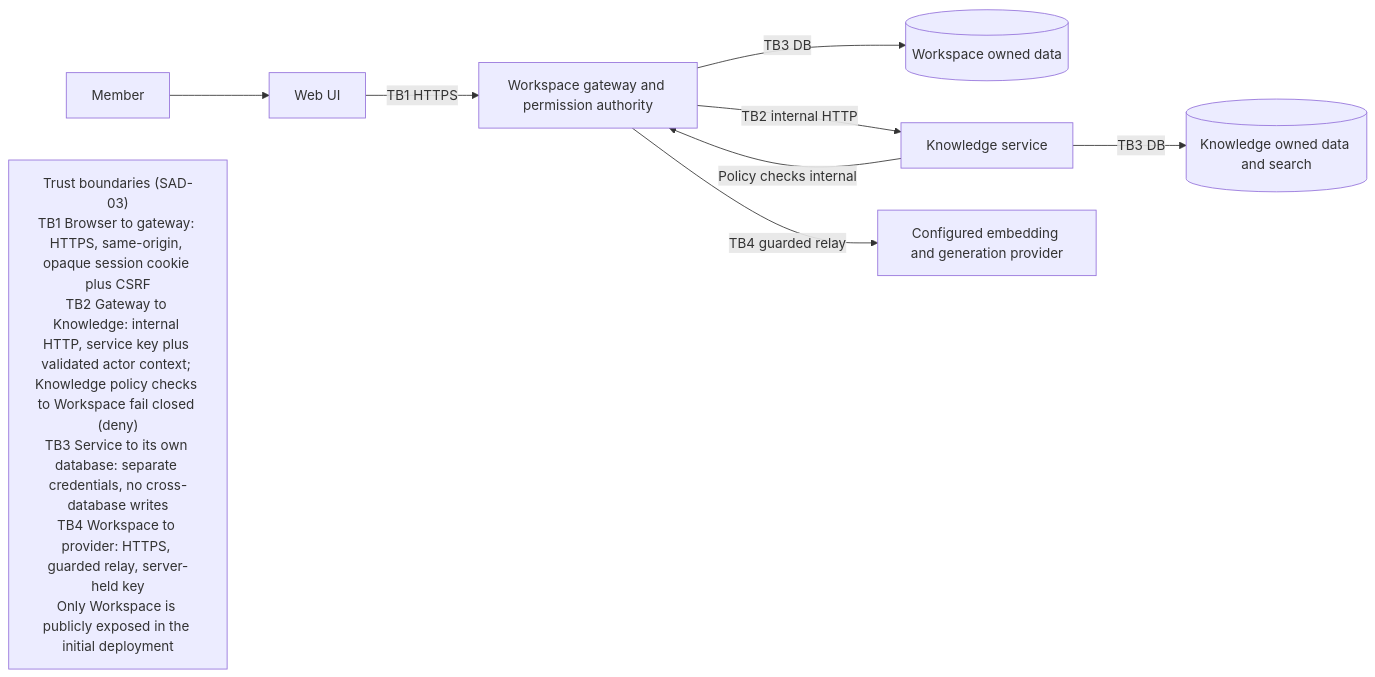
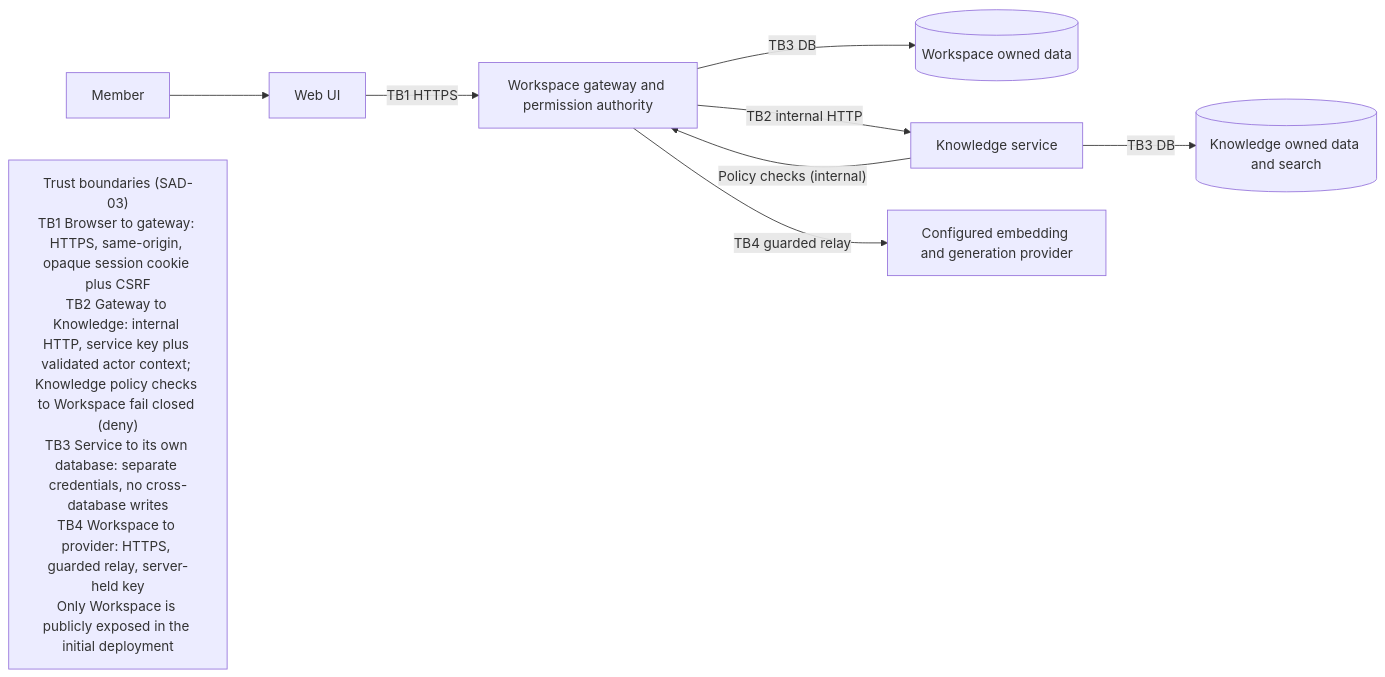
Before and after one commit to 900M100CK/scrum-workspace-KMS-ai: the diagram in docs/sdlc/diagrams/architecture/service-composition.mmd, drawn with Mermaid. The commit also changed 29 other files, not shown here.

First line of the commit message:
docs(ux): align capabilities and split permission flows

```diff
--- a/docs/sdlc/diagrams/architecture/service-composition.mmd
+++ b/docs/sdlc/diagrams/architecture/service-composition.mmd
@@ -1,11 +1,13 @@
-%% DGM-ARCH-01 v0.2 Draft - 12 October 2026
+%% Origin: docs/architecture.md v0.5
+%% DGM-ARCH-01 v0.3 Draft - 12 October 2026
 %% Sources: SAD-03 v0.5 (sections 3.3 and 5); Proposed ADR-0004 / ADR-0006. TB1-TB4 are the SAD trust boundaries; Legend is an annotation, not a runtime element.
 flowchart LR
     User[Member] --> UI[Web UI]
     UI -->|TB1 HTTPS| W[Workspace gateway and permission authority]
     W -->|TB3 DB| WD[(Workspace owned data)]
     W -->|TB2 internal HTTP| K[Knowledge service]
     K -->|TB3 DB| KD[(Knowledge owned data and search)]
-    K -->|Policy checks internal| W
+    K -->|"Policy checks (internal)"| W
     W -->|TB4 guarded relay| Provider[Configured embedding and generation provider]
     Legend["Trust boundaries (SAD-03)<br/>TB1 Browser to gateway: HTTPS, same-origin, opaque session cookie plus CSRF<br/>TB2 Gateway to Knowledge: internal HTTP, service key plus validated actor context; Knowledge policy checks to Workspace fail closed (deny)<br/>TB3 Service to its own database: separate credentials, no cross-database writes<br/>TB4 Workspace to provider: HTTPS, guarded relay, server-held key<br/>Only Workspace is publicly exposed in the initial deployment"]
+%% Change: current origin metadata registered for docs:lint; graph semantics retained; policy-check label matched to native Draw.io.
```
